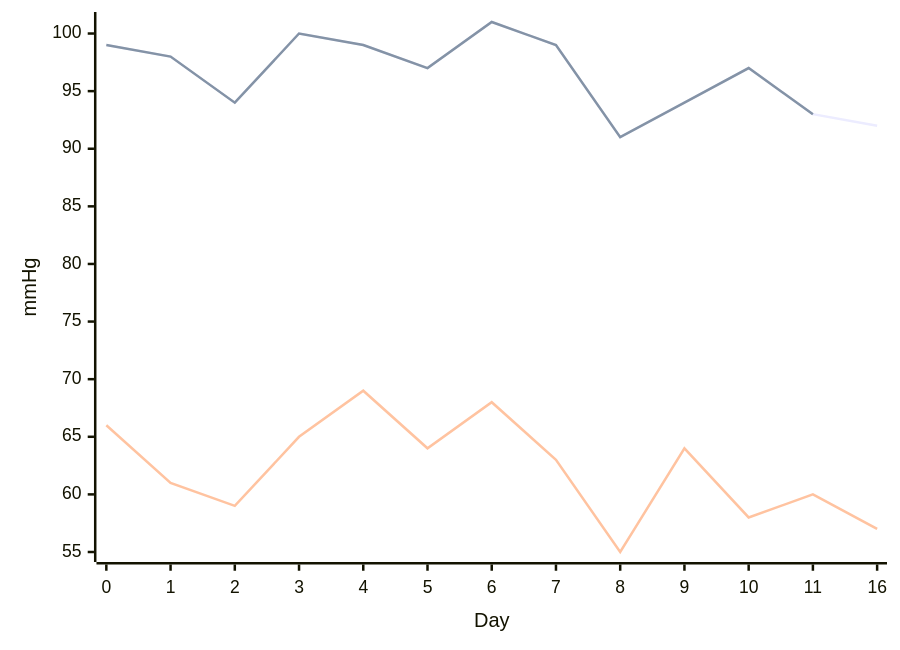
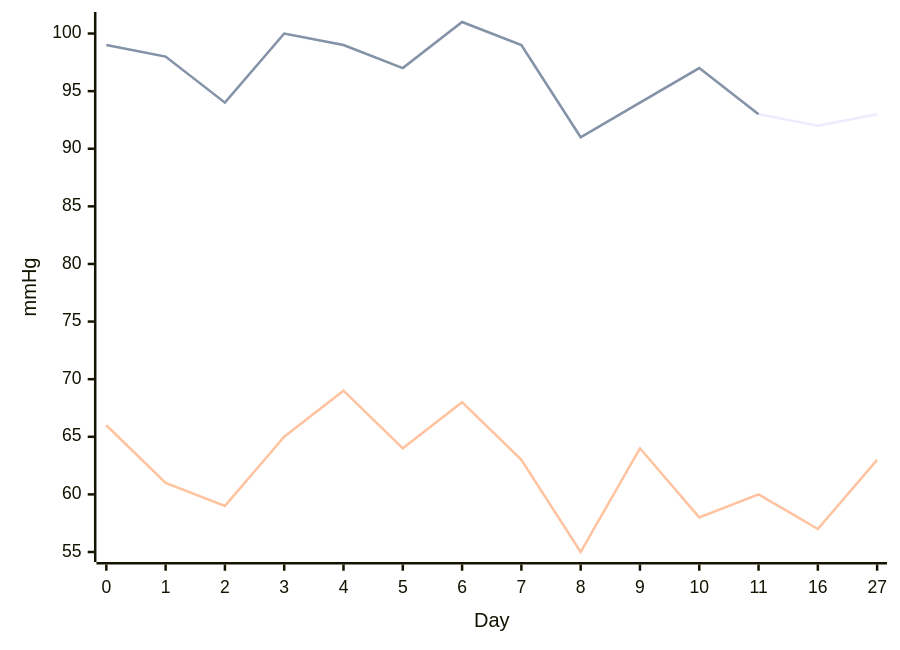
Before and after one commit to phil-m-kopp/phil-m-kopp.github.io: diagram 15 of 16 in docs/articles/posts/personal-development/experience-strict-fasting-8days/experience-strict-fasting-8days.md, drawn with Mermaid. The commit also changed other lines of this file and 7 other files, not shown here.

````diff
--- a/docs/articles/posts/personal-development/experience-strict-fasting-8days/experience-strict-fasting-8days.md
+++ b/docs/articles/posts/personal-development/experience-strict-fasting-8days/experience-strict-fasting-8days.md
@@ -370,9 +386,9 @@
 ``` mermaid
 xychart-beta
-        x-axis "Day" [0, 1, 2, 3, 4, 5, 6, 7, 8, 9, 10, 11, 16]
+        x-axis "Day" [0, 1, 2, 3, 4, 5, 6, 7, 8, 9, 10, 11, 16, 27]
         y-axis "mmHg"
 
-        line "Sys" [99, 98, 94, 100, 99, 97, 101, 99, 91, 94, 97, 93, 92]
+        line "Sys" [99, 98, 94, 100, 99, 97, 101, 99, 91, 94, 97, 93, 92, 93]
         line "Sys" [99, 98, 94, 100, 99, 97, 101, 99, 91, 94, 97, 93]
-        line "Dia" [66, 61, 59, 65, 69, 64, 68, 63, 55, 64, 58, 60, 57]
+        line "Dia" [66, 61, 59, 65, 69, 64, 68, 63, 55, 64, 58, 60, 57, 63]
 ```
````
